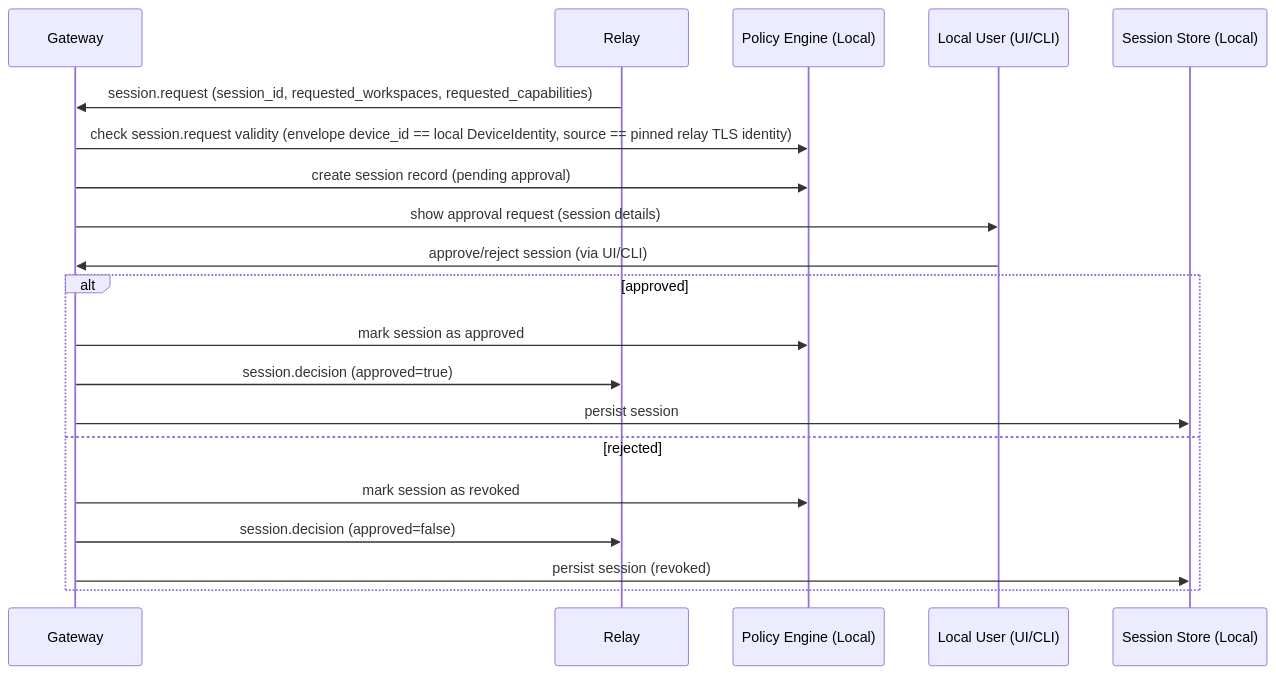
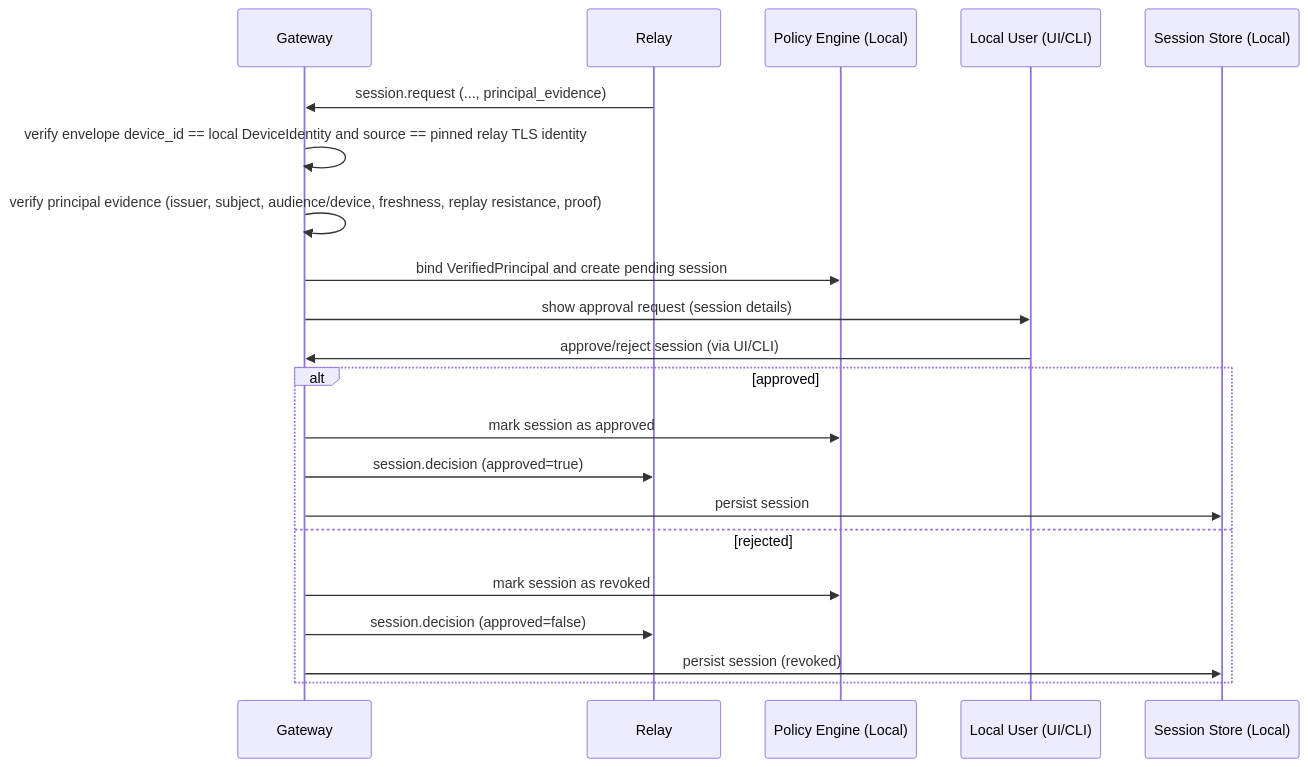
One commit to oaslananka/kicad-mcp-pro-gateway changed the second of 8 diagrams in docs/security/sequence-diagrams.md. Above: the diagram before and after it, drawn with Mermaid. The commit also changed other lines of this file and 15 other files, not shown here.

````diff
--- a/docs/security/sequence-diagrams.md
+++ b/docs/security/sequence-diagrams.md
@@ -38,23 +36,24 @@
 ```mermaid
 sequenceDiagram
     participant Gateway
     participant Relay
     participant PolicyEngine as Policy Engine (Local)
     participant User as Local User (UI/CLI)
     participant SessionStore as Session Store (Local)
 
-    Relay->>Gateway: session.request (session_id, requested_workspaces, requested_capabilities)
-    Gateway->>PolicyEngine: check session.request validity (envelope device_id == local DeviceIdentity, source == pinned relay TLS identity)
-    Gateway->>PolicyEngine: create session record (pending approval)
+    Relay->>Gateway: session.request (..., principal_evidence)
+    Gateway->>Gateway: verify envelope device_id == local DeviceIdentity and source == pinned relay TLS identity
+    Gateway->>Gateway: verify principal evidence (issuer, subject, audience/device, freshness, replay resistance, proof)
+    Gateway->>PolicyEngine: bind VerifiedPrincipal and create pending session
     Gateway->>User: show approval request (session details)
     User->>Gateway: approve/reject session (via UI/CLI)
     alt approved
         Gateway->>PolicyEngine: mark session as approved
         Gateway->>Relay: session.decision (approved=true)
         Gateway->>SessionStore: persist session
     else rejected
         Gateway->>PolicyEngine: mark session as revoked
         Gateway->>Relay: session.decision (approved=false)
         Gateway->>SessionStore: persist session (revoked)
     end
 ```
````
